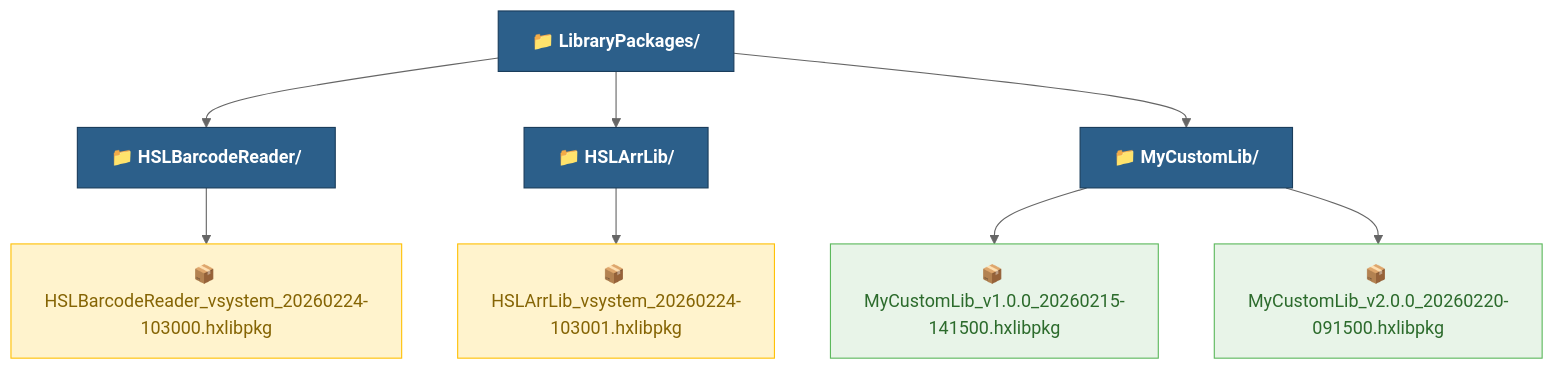
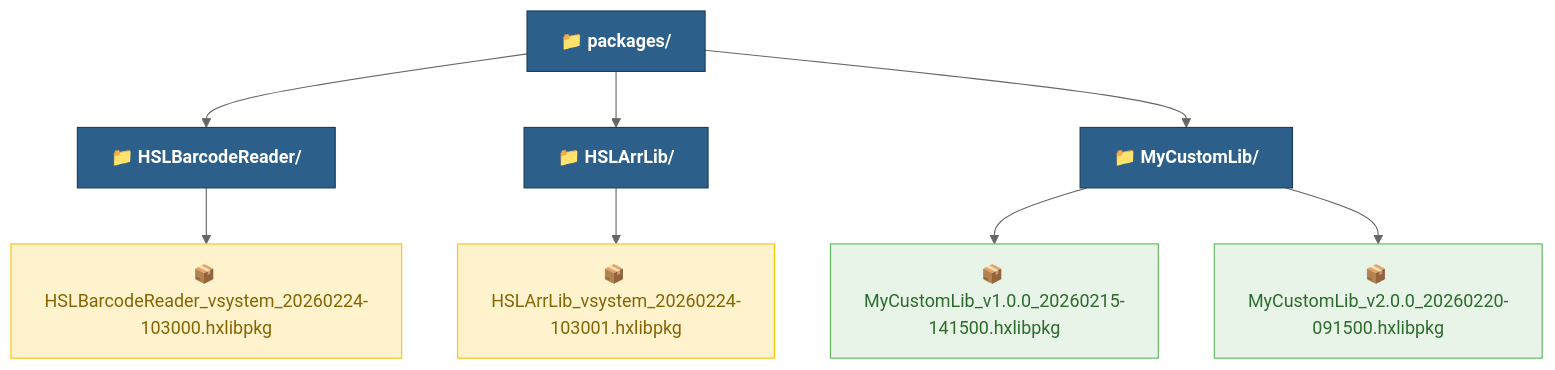
One commit to zdmilot/Library-Manager changed the diagram in CHM Help Source Files/mermaid_src/06_package_store_org.mmd. Above: the diagram before and after it, drawn with Mermaid (neutral theme). The commit also changed 17 other files, not shown here.

```diff
--- a/CHM Help Source Files/mermaid_src/06_package_store_org.mmd
+++ b/CHM Help Source Files/mermaid_src/06_package_store_org.mmd
@@ -1,24 +1,24 @@
 graph TD
     classDef folder fill:#2c5f8a,color:#fff,stroke:#1a3d5c,font-weight:bold
     classDef syspkg fill:#fff3cd,color:#856404,stroke:#ffc107
     classDef userpkg fill:#e8f4e8,color:#2c6b2c,stroke:#5cb85c
 
-    ROOT["📁 LibraryPackages/"]:::folder
+    ROOT["📁 packages/"]:::folder
 
     BC["📁 HSLBarcodeReader/"]:::folder
     BCF["📦 HSLBarcodeReader_vsystem_20260224-103000.hxlibpkg"]:::syspkg
 
     AL["📁 HSLArrLib/"]:::folder
     ALF["📦 HSLArrLib_vsystem_20260224-103001.hxlibpkg"]:::syspkg
 
     MC["📁 MyCustomLib/"]:::folder
     MC1["📦 MyCustomLib_v1.0.0_20260215-141500.hxlibpkg"]:::userpkg
     MC2["📦 MyCustomLib_v2.0.0_20260220-091500.hxlibpkg"]:::userpkg
 
     ROOT --> BC
     ROOT --> AL
     ROOT --> MC
     BC --> BCF
     AL --> ALF
     MC --> MC1
     MC --> MC2
```
